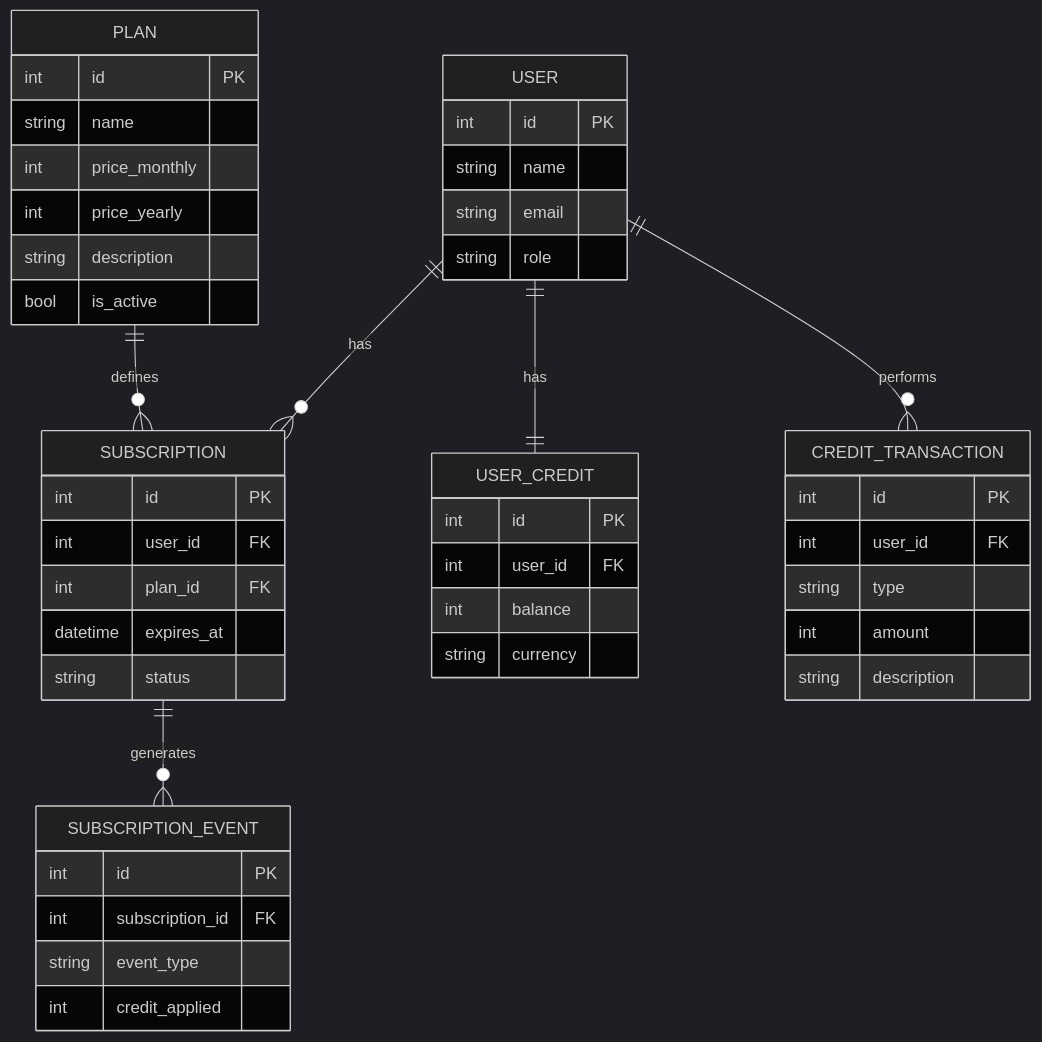
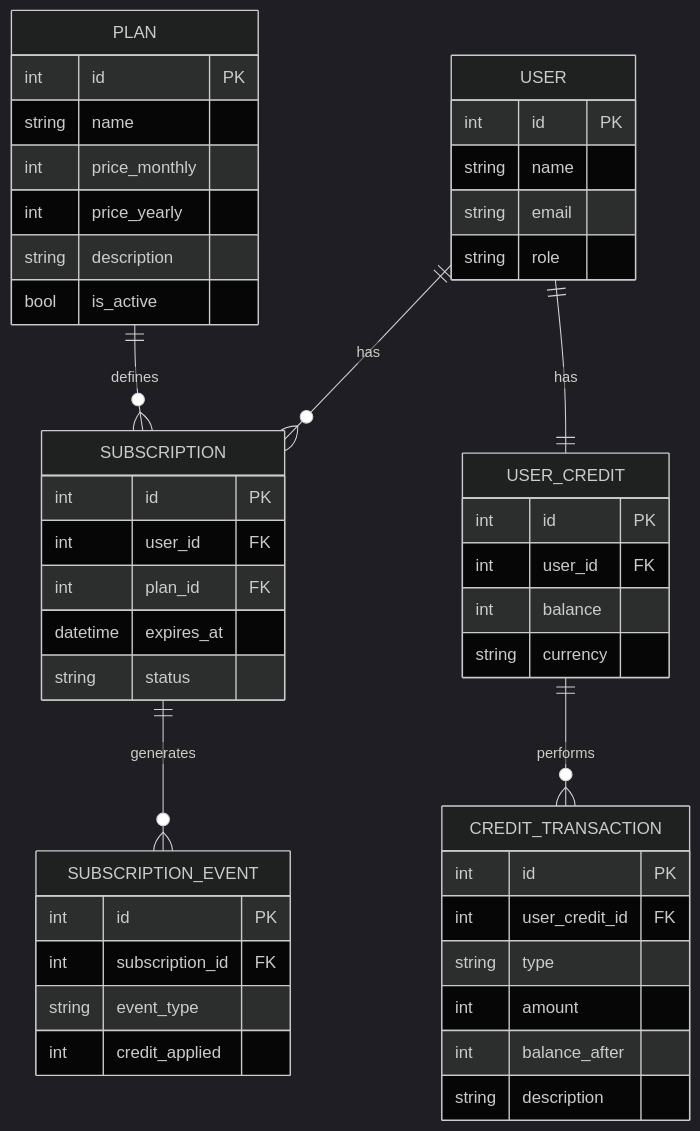
Before and after one commit to luidsonl/url-shortener-laravel-react: the diagram in docs/ideas/ERD.md, drawn with Mermaid (dark theme).

Commit message:
doc: updates erd diagram

````diff
--- a/docs/ideas/ERD.md
+++ b/docs/ideas/ERD.md
@@ -1,54 +1,55 @@
 ```mermaid
 erDiagram
     USER ||--o{ SUBSCRIPTION : has
     USER ||--|| USER_CREDIT : has
-    USER ||--o{ CREDIT_TRANSACTION : performs
+    USER_CREDIT ||--o{ CREDIT_TRANSACTION : performs
     PLAN ||--o{ SUBSCRIPTION : defines
     SUBSCRIPTION ||--o{ SUBSCRIPTION_EVENT : generates
     
     USER {
         int id PK
         string name
         string email
         string role
     }
     
     PLAN {
         int id PK
         string name
         int price_monthly
         int price_yearly
         string description
         bool is_active
     }
     
     SUBSCRIPTION {
         int id PK
         int user_id FK
         int plan_id FK
         datetime expires_at
         string status
     }
     
     USER_CREDIT {
         int id PK
         int user_id FK
         int balance
         string currency
     }
     
     CREDIT_TRANSACTION {
         int id PK
-        int user_id FK
+        int user_credit_id FK
         string type
         int amount
+        int balance_after
         string description
     }
     
     SUBSCRIPTION_EVENT {
         int id PK
         int subscription_id FK
         string event_type
         int credit_applied
     }
 ```
````
